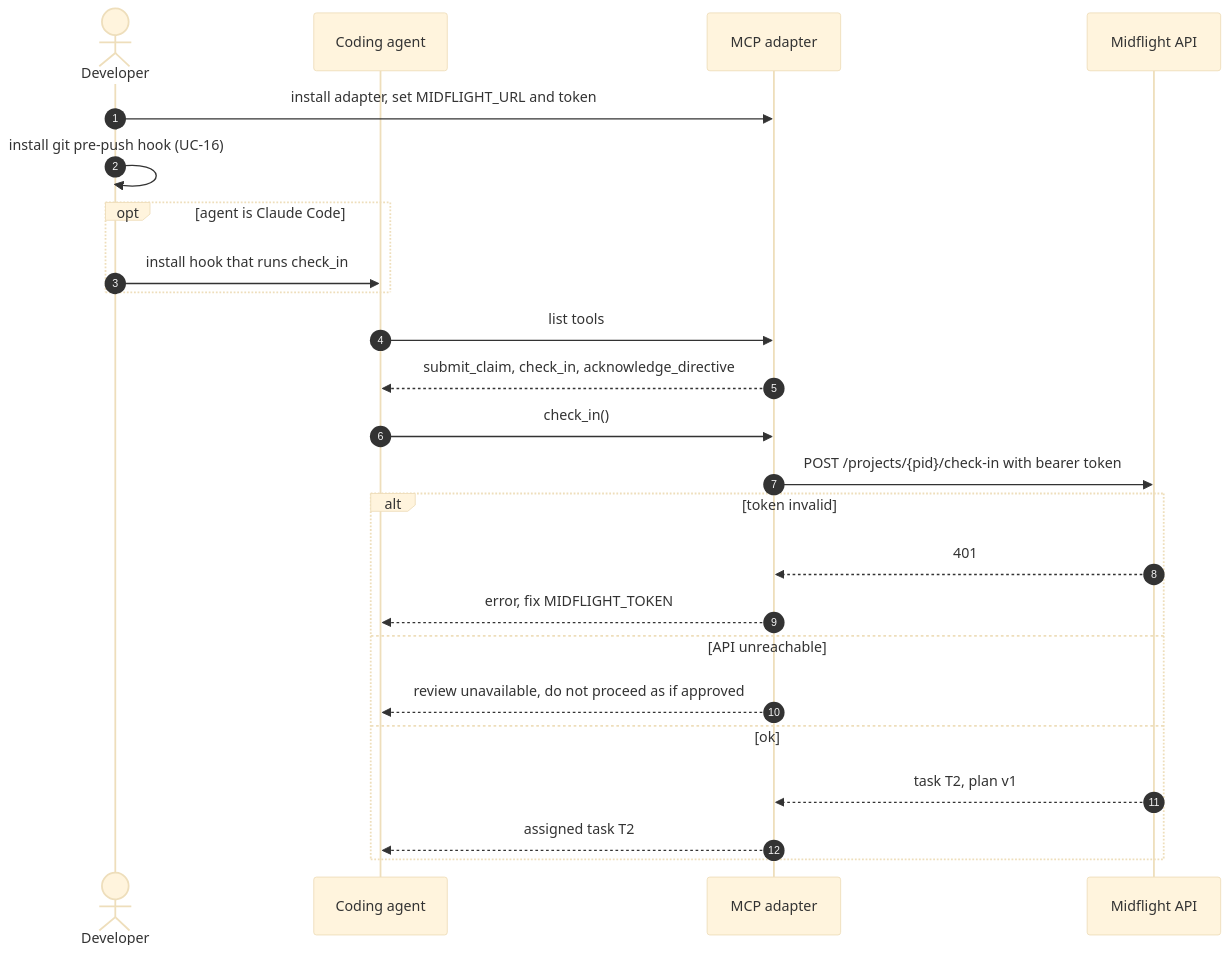
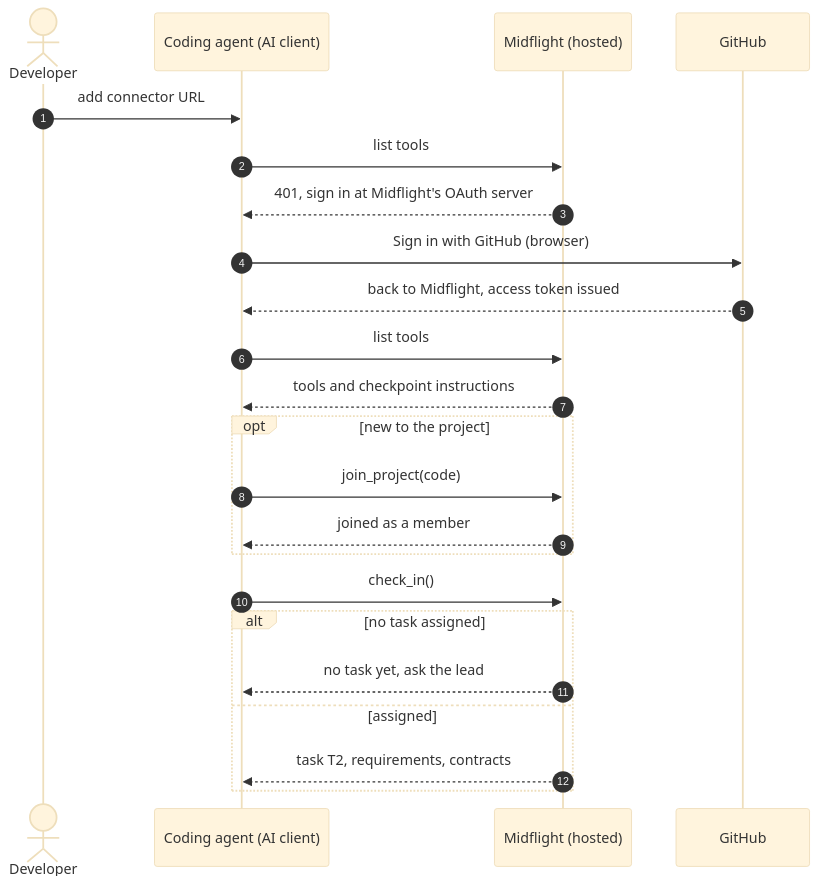
Before and after one commit to MidFlightt/MidFlight: the sixth of 17 diagrams in docs/use-cases.md, drawn with Mermaid (base theme). The commit also changed other lines of this file and 10 other files, not shown here.

First line of the commit message:
docs: plan v0.2, Midflight as a hosted connector (D16-D20)

````diff
--- a/docs/use-cases.md
+++ b/docs/use-cases.md
@@ -384,26 +405,25 @@
 ```mermaid
 sequenceDiagram
     autonumber
     actor D as Developer
-    participant A as Coding agent
-    participant AD as MCP adapter
-    participant API as Midflight API
-    D->>AD: install adapter, set MIDFLIGHT_URL and token
-    D->>D: install git pre-push hook (UC-16)
-    opt agent is Claude Code
-        D->>A: install hook that runs check_in
+    participant A as Coding agent (AI client)
+    participant M as Midflight (hosted)
+    participant GH as GitHub
+    D->>A: add connector URL
+    A->>M: list tools
+    M-->>A: 401, sign in at Midflight's OAuth server
+    A->>GH: Sign in with GitHub (browser)
+    GH-->>A: back to Midflight, access token issued
+    A->>M: list tools
+    M-->>A: tools and checkpoint instructions
+    opt new to the project
+        A->>M: join_project(code)
+        M-->>A: joined as a member
     end
-    A->>AD: list tools
-    AD-->>A: submit_claim, check_in, acknowledge_directive
-    A->>AD: check_in()
-    AD->>API: POST /projects/{pid}/check-in with bearer token
-    alt token invalid
-        API-->>AD: 401
-        AD-->>A: error, fix MIDFLIGHT_TOKEN
-    else API unreachable
-        AD-->>A: review unavailable, do not proceed as if approved
-    else ok
-        API-->>AD: task T2, plan v1
-        AD-->>A: assigned task T2
+    A->>M: check_in()
+    alt no task assigned
+        M-->>A: no task yet, ask the lead
+    else assigned
+        M-->>A: task T2, requirements, contracts
     end
 ```
````
